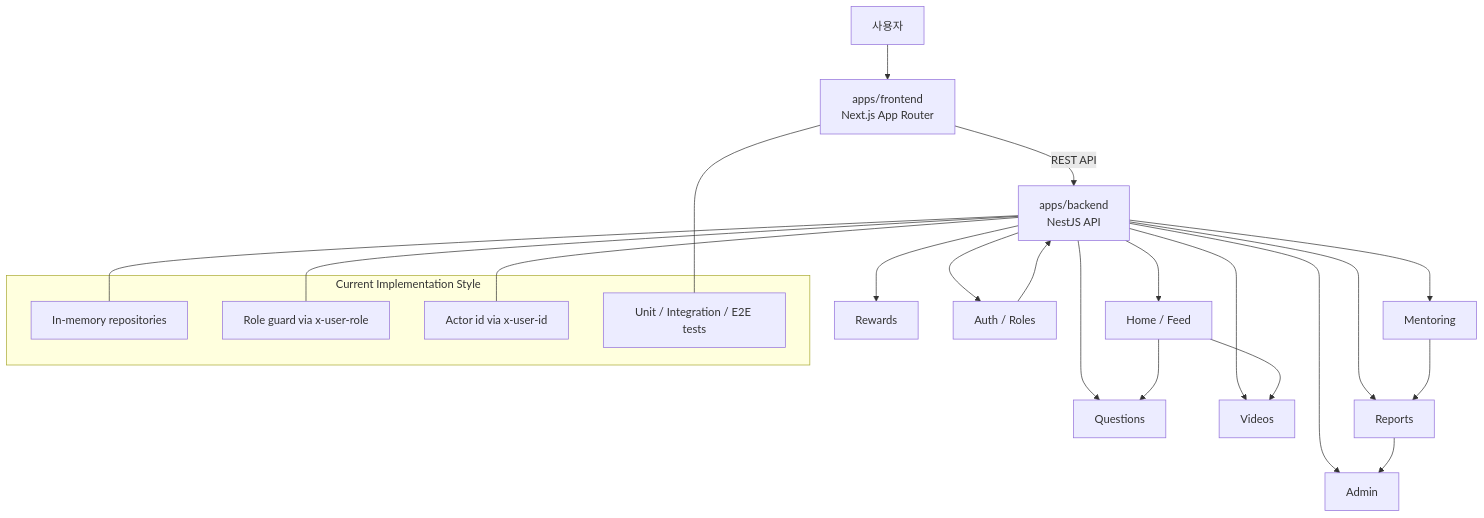
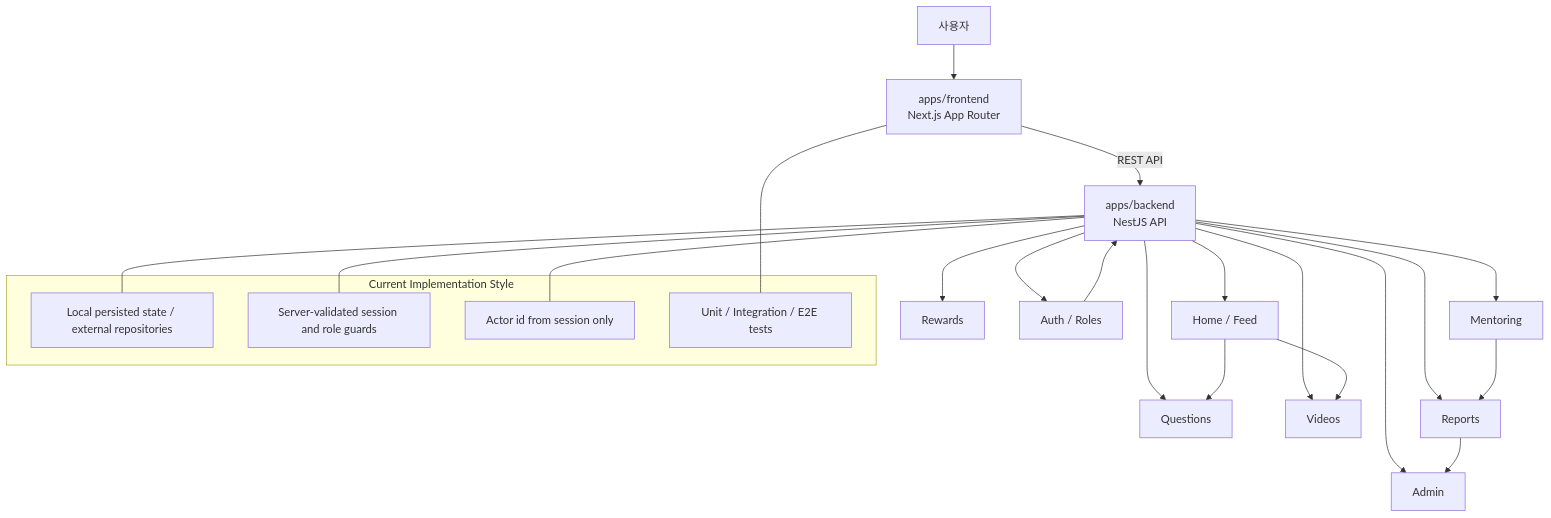
One commit to weirdkiwi0-tech/vibe-venture-project changed the diagram in README.md. Above: the diagram before and after it, drawn with Mermaid. The commit also changed other lines of this file and 79 other files, not shown here.

````diff
--- a/README.md
+++ b/README.md
@@ -21,32 +21,32 @@
 ```mermaid
 flowchart TD
   U[사용자] --> F[apps/frontend\nNext.js App Router]
   F -->|REST API| B[apps/backend\nNestJS API]
 
   B --> H[Home / Feed]
   B --> Q[Questions]
   B --> V[Videos]
   B --> M[Mentoring]
   B --> R[Reports]
   B --> W[Rewards]
   B --> A[Admin]
   B --> AU[Auth / Roles]
 
   H --> Q
   H --> V
   M --> R
   R --> A
   AU --> B
 
   subgraph Infra[Current Implementation Style]
-    I1[In-memory repositories]
-    I2[Role guard via x-user-role]
-    I3[Actor id via x-user-id]
+    I1[Local persisted state / external repositories]
+    I2[Server-validated session and role guards]
+    I3[Actor id from session only]
     I4[Unit / Integration / E2E tests]
   end
 
   B --- I1
   B --- I2
   B --- I3
   F --- I4
 ```
````
